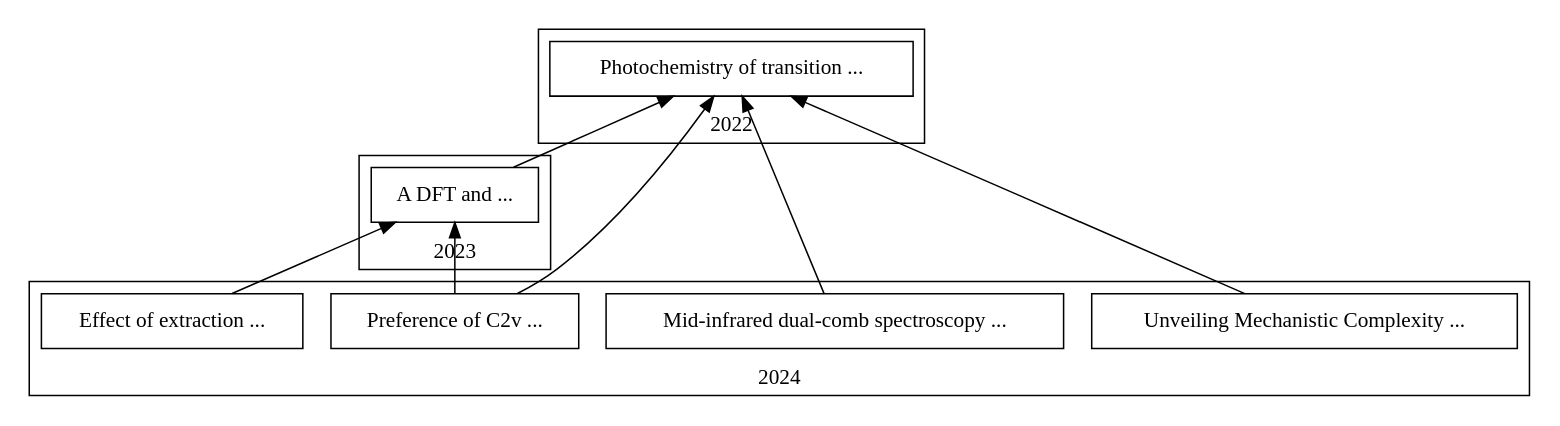
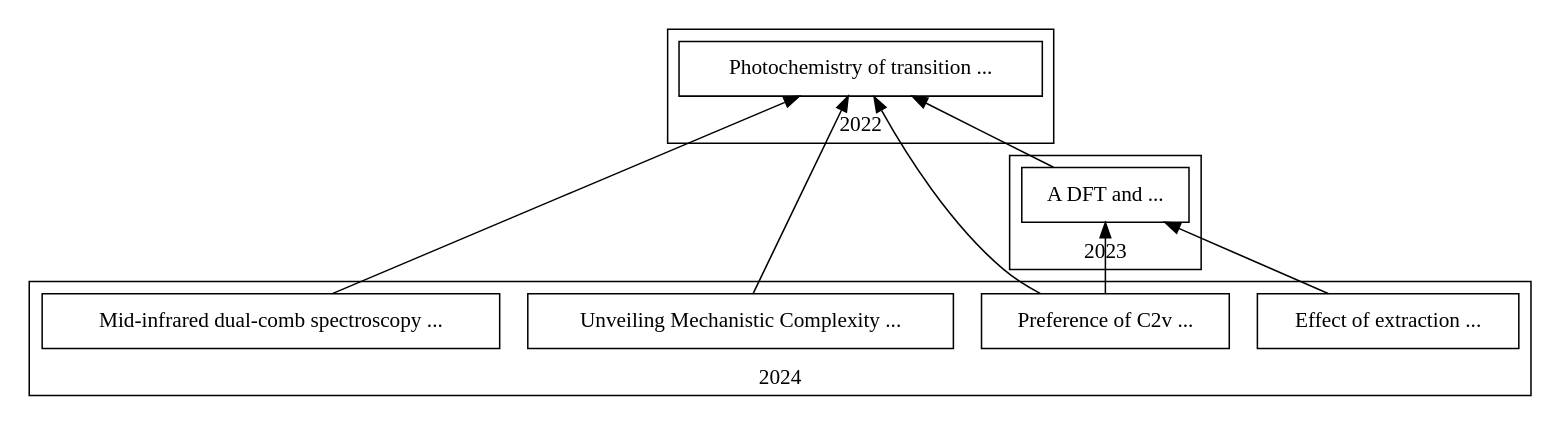
Before and after one commit to romilly/s2ag-corpus: the diagram in notebooks/martyn.dot, drawn with Graphviz. The commit also changed other lines of this file and 11 other files, not shown here.

```diff
--- a/notebooks/martyn.dot
+++ b/notebooks/martyn.dot
@@ -1,41 +1,41 @@
 digraph {
      rankdir=BT;
+    "268348425" [label="Mid-infrared dual-comb spectroscopy ...", shape=rectangle, href="https://www.semanticscholar.org/paper/b8003f5669c1719ebd86d70f0ff0d31d659482e9", target="_blank", tooltip="title: Mid-infrared dual-comb spectroscopy with quantum cascade lasers \nauthors: J. Hayden, M. Geiser, M. Gianella, Raphael Horvath, A. Hugi, L. Sterczewski, Markus Mangold\npublished: 2024"];
+    "249710437" [label="Photochemistry of transition ...", shape=rectangle, href="https://www.semanticscholar.org/paper/a2266a06e752df98615787746599dc81440c0ae1", target="_blank", tooltip="title: Photochemistry of transition metal carbonyls. \nauthors: J. J. Turner, M. George, M. Poliakoff, R. Perutz\npublished: 2022"];
+    "268040009" [label="Unveiling Mechanistic Complexity ...", shape=rectangle, href="https://www.semanticscholar.org/paper/974865acb588c06b3b4d587f81c7f56259ad4774", target="_blank", tooltip="title: Unveiling Mechanistic Complexity in Manganese-Catalyzed C–H Bond
+Functionalization Using IR Spectroscopy Over 16 Orders of Magnitude in Time \nauthors: I. Fairlamb, Jason M. Lynam\npublished: 2024"];
     "267446961" [label="Preference of C2v ...", shape=rectangle, href="https://www.semanticscholar.org/paper/e3ba79aa32a1148dca4a7f52108259344fdc4711", target="_blank", tooltip="title: Preference of C2v Symmetry in Low-Spin Hexacarbonyls of Rare-Earth and f
 Elements \nauthors: Attila Kovács, Werner Klotzbücher\npublished: 2024"];
-    "268348425" [label="Mid-infrared dual-comb spectroscopy ...", shape=rectangle, href="https://www.semanticscholar.org/paper/b8003f5669c1719ebd86d70f0ff0d31d659482e9", target="_blank", tooltip="title: Mid-infrared dual-comb spectroscopy with quantum cascade lasers \nauthors: J. Hayden, M. Geiser, M. Gianella, Raphael Horvath, A. Hugi, L. Sterczewski, Markus Mangold\npublished: 2024"];
     "259739018" [label="A DFT and ...", shape=rectangle, href="https://www.semanticscholar.org/paper/8119b95e9c475d7959fae26c2e70d8d71fcb03b6", target="_blank", tooltip="title: A DFT and Matrix–Isolation IR/UV-Visible Study of High-Coordinated
 Lanthanide-CO Complexes \nauthors: A. Kovács, W. Klotzbücher\npublished: 2023"];
     "267630595" [label="Effect of extraction ...", shape=rectangle, href="https://www.semanticscholar.org/paper/c4c3b191a2b33164b5526aa27e32936550c71402", target="_blank", tooltip="title: Effect of extraction parameters on the synergistic reaction mechanism for
 arsenic and mercury removal from natural gas condensate via LLE, vibrational
 spectroscopy and DFT calculations \nauthors: Teerapon Pirom, Kasidit Nootong, Wikorn Punyain, K. Maneeintr, U. Pancharoen\npublished: 2024"];
-    "249710437" [label="Photochemistry of transition ...", shape=rectangle, href="https://www.semanticscholar.org/paper/a2266a06e752df98615787746599dc81440c0ae1", target="_blank", tooltip="title: Photochemistry of transition metal carbonyls. \nauthors: J. J. Turner, M. George, M. Poliakoff, R. Perutz\npublished: 2022"];
-    "268040009" [label="Unveiling Mechanistic Complexity ...", shape=rectangle, href="https://www.semanticscholar.org/paper/974865acb588c06b3b4d587f81c7f56259ad4774", target="_blank", tooltip="title: Unveiling Mechanistic Complexity in Manganese-Catalyzed C–H Bond
-Functionalization Using IR Spectroscopy Over 16 Orders of Magnitude in Time \nauthors: I. Fairlamb, Jason M. Lynam\npublished: 2024"];
      subgraph cluster_0 {
            rank=same;
            label="2022";
       249710437;
       249710437;
       249710437;
       249710437;
      }     subgraph cluster_1 {
            rank=same;
            label="2023";
       259739018;
       259739018;
       259739018;
      }     subgraph cluster_2 {
            rank=same;
            label="2024";
       267446961;
       267630595;
       268348425;
       268040009;
       267446961;
      }    "267446961" -> "249710437";
     "267630595" -> "259739018";
     "268348425" -> "249710437";
     "259739018" -> "249710437";
     "268040009" -> "249710437";
     "267446961" -> "259739018";
 }
```
